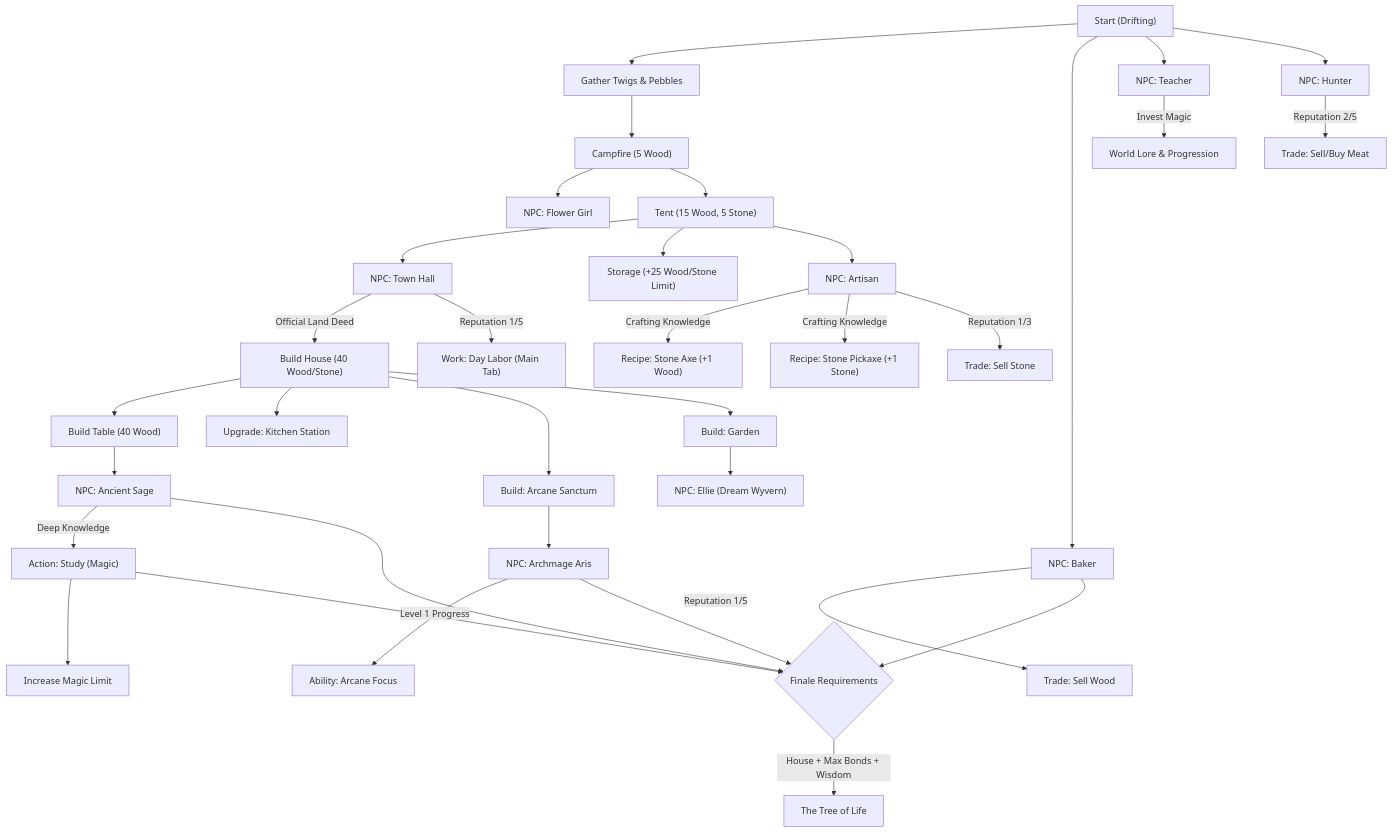
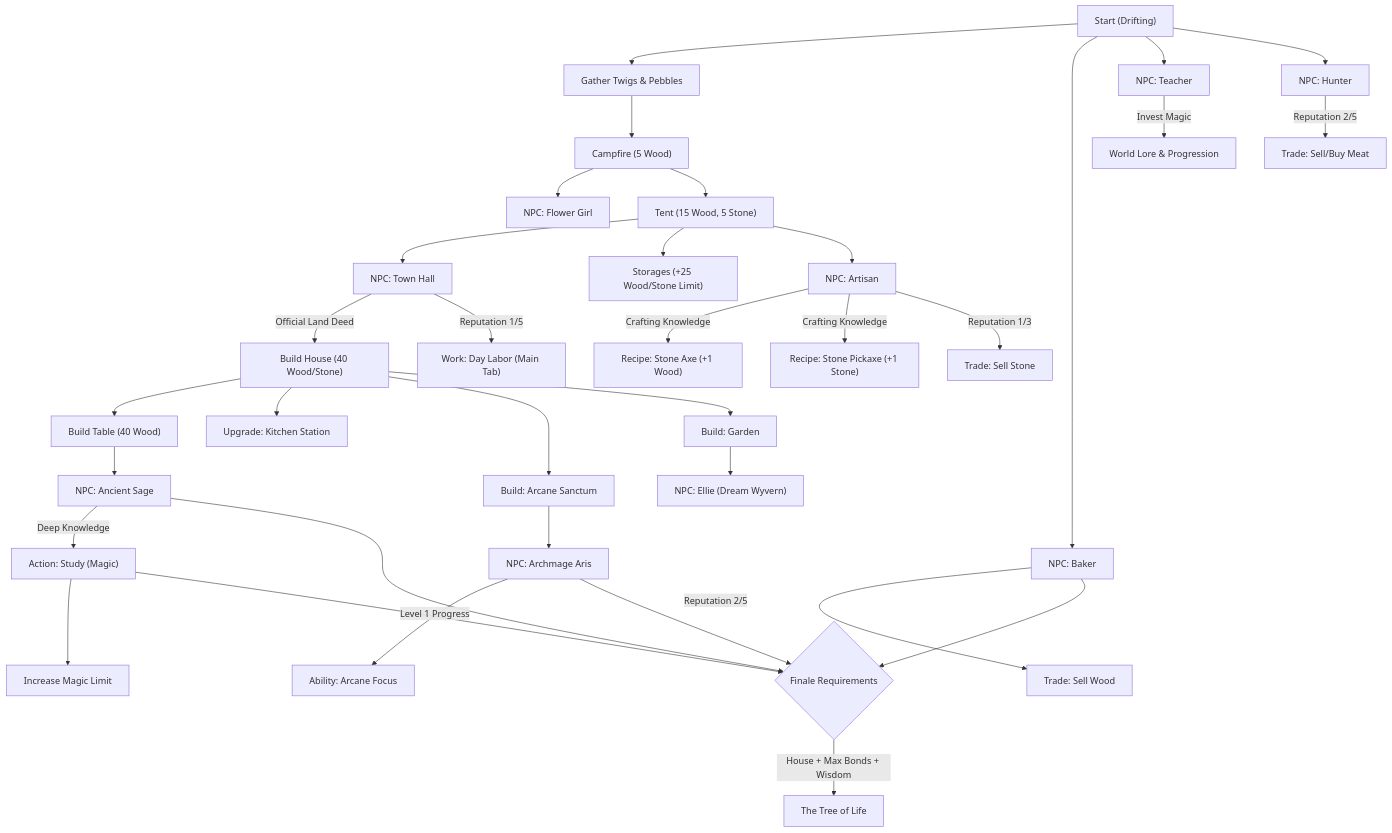
The diagram in docs/PROGRESSION.md (Lassandriel/My-earned-Wings), drawn with Mermaid before and after one commit. The commit also changed other lines of this file and 31 other files, not shown here.

````diff
--- a/docs/PROGRESSION.md
+++ b/docs/PROGRESSION.md
@@ -5,58 +5,58 @@
 ```mermaid
 graph TD
     %% Start & Early NPCs (Chapter: Village Life)
     Start["Start (Drifting)"] --> Gather["Gather Twigs & Pebbles"]
     Start --> Baker["NPC: Baker"]
     Start --> Teacher["NPC: Teacher"]
     Start --> Hunter["NPC: Hunter"]
 
     Gather --> Campfire["Campfire (5 Wood)"]
     Campfire --> FlowerGirl["NPC: Flower Girl"]
-    
+
     %% Chapter: Establishment
     Campfire --> Tent["Tent (15 Wood, 5 Stone)"]
     Tent --> TownHall["NPC: Town Hall"]
-    Tent --> Storage["Storage (+25 Wood/Stone Limit)"]
+    Tent --> Storage["Storages (+25 Wood/Stone Limit)"]
     Tent --> Artisan["NPC: Artisan"]
-    
+
     %% Tools
     Artisan -- "Crafting Knowledge" --> Axe["Recipe: Stone Axe (+1 Wood)"]
     Artisan -- "Crafting Knowledge" --> Pickaxe["Recipe: Stone Pickaxe (+1 Stone)"]
-    
+
     %% Advanced Housing
     TownHall -- "Official Land Deed" --> House["Build House (40 Wood/Stone)"]
-    
+
     %% Furniture Unlocks from House
     House --> Table["Build Table (40 Wood)"]
     House --> Kitchen["Upgrade: Kitchen Station"]
-    
+
     %% Magic & Knowledge
     Teacher -- "Invest Magic" --> WorldLore["World Lore & Progression"]
     Table --> Sage["NPC: Ancient Sage"]
     Sage -- "Deep Knowledge" --> Study["Action: Study (Magic)"]
     Study --> MagicCap["Increase Magic Limit"]
-    
+
     %% Synergy / The Dream
     House --> Sanctum["Build: Arcane Sanctum"]
     Sanctum --> Aris["NPC: Archmage Aris"]
-    
+
     %% Garden & Ellie
     House --> Garden["Build: Garden"]
     Garden --> Ellie["NPC: Ellie (Dream Wyvern)"]
-    
+
     %% Trader System (Decentralized)
-    Baker -- "Reputation 1/5" --> SellWood["Trade: Sell Wood"]
+    Baker -- "Reputation 2/5" --> SellWood["Trade: Sell Wood"]
     Hunter -- "Reputation 2/5" --> MeatTrade["Trade: Sell/Buy Meat"]
     Artisan -- "Reputation 1/3" --> SellStone["Trade: Sell Stone"]
     TownHall -- "Reputation 1/5" --> WorkAction["Work: Day Labor (Main Tab)"]
-    
+
     %% Automation
     Aris -- "Level 1 Progress" --> ArcaneFocus["Ability: Arcane Focus"]
-    
+
     %% Stage 4: Eternal Roots (The Transformation)
     Aris --> Finale_Check{"Finale Requirements"}
     Sage --> Finale_Check
     Baker --> Finale_Check
     Study --> Finale_Check
     Finale_Check -- "House + Max Bonds + Wisdom" --> TreeOfLife["The Tree of Life"]
 ```
````
